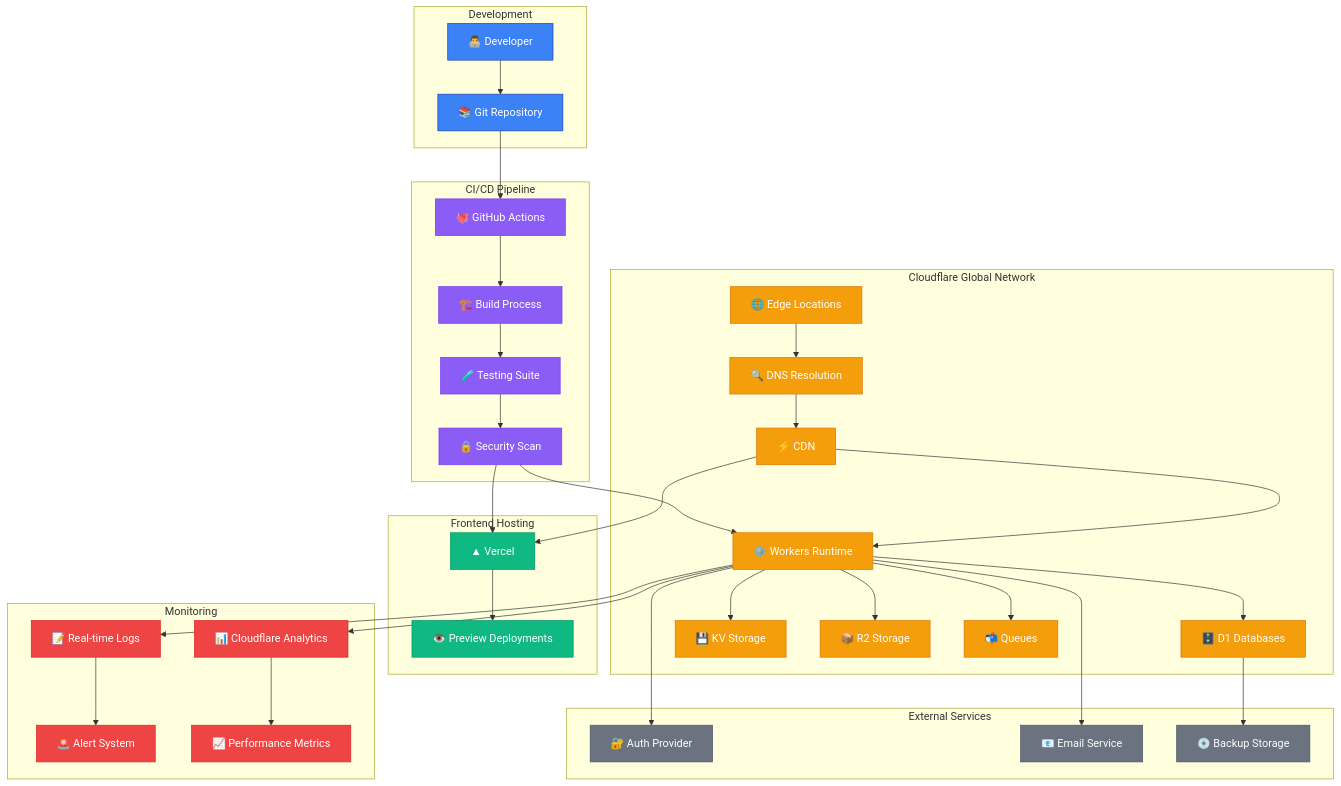
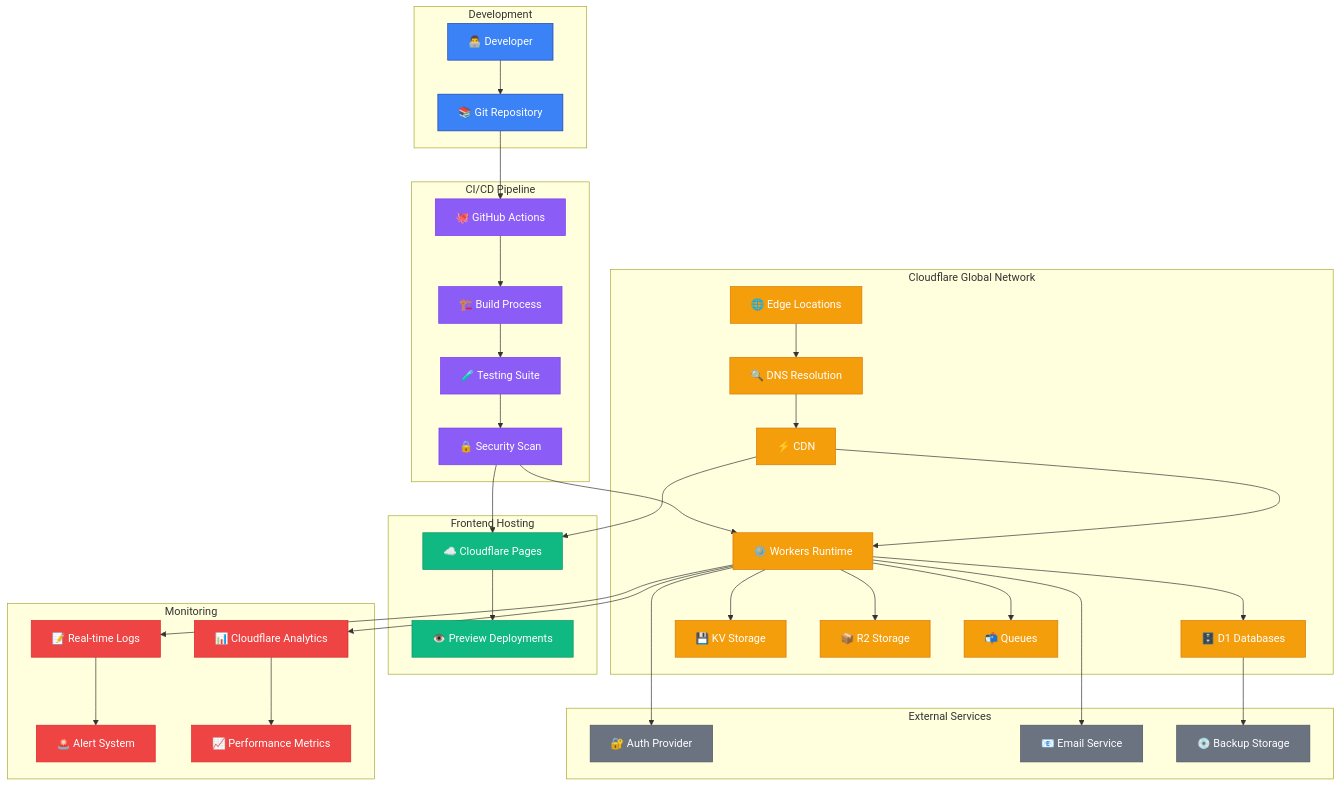
Before and after one commit to financeaiguy/humber-os: the sixth of 10 diagrams in docs/system-architecture.md, drawn with Mermaid. The commit also changed 50 other files, not shown here.

````diff
--- a/docs/system-architecture.md
+++ b/docs/system-architecture.md
@@ -435,7 +435,7 @@
 
     %% Frontend Deployment
     subgraph "Frontend Hosting"
-        VERCEL[▲ Vercel]
+        CF_PAGES[☁️ Cloudflare Pages]
         PREVIEW[👁️ Preview Deployments]
     end
 
@@ -461,19 +461,19 @@
     BUILD --> TEST
     TEST --> SECURITY
     SECURITY --> CF_WORKERS
-    SECURITY --> VERCEL
+    SECURITY --> CF_PAGES
 
     CF_EDGE --> CF_DNS
     CF_DNS --> CF_CDN
     CF_CDN --> CF_WORKERS
-    CF_CDN --> VERCEL
+    CF_CDN --> CF_PAGES
 
     CF_WORKERS --> CF_D1
     CF_WORKERS --> CF_KV
     CF_WORKERS --> CF_R2
     CF_WORKERS --> CF_QUEUES
 
-    VERCEL --> PREVIEW
+    CF_PAGES --> PREVIEW
 
     CF_WORKERS --> ANALYTICS
     CF_WORKERS --> LOGS
@@ -495,7 +495,7 @@
     class DEV,GIT dev
     class GITHUB,BUILD,TEST,SECURITY cicd
     class CF_EDGE,CF_DNS,CF_CDN,CF_WORKERS,CF_D1,CF_KV,CF_R2,CF_QUEUES cloudflare
-    class VERCEL,PREVIEW frontend
+    class CF_PAGES,PREVIEW frontend
     class ANALYTICS,LOGS,ALERTS,METRICS monitoring
     class AUTH_PROVIDER,EMAIL_SVC,BACKUP external
 ```
````
